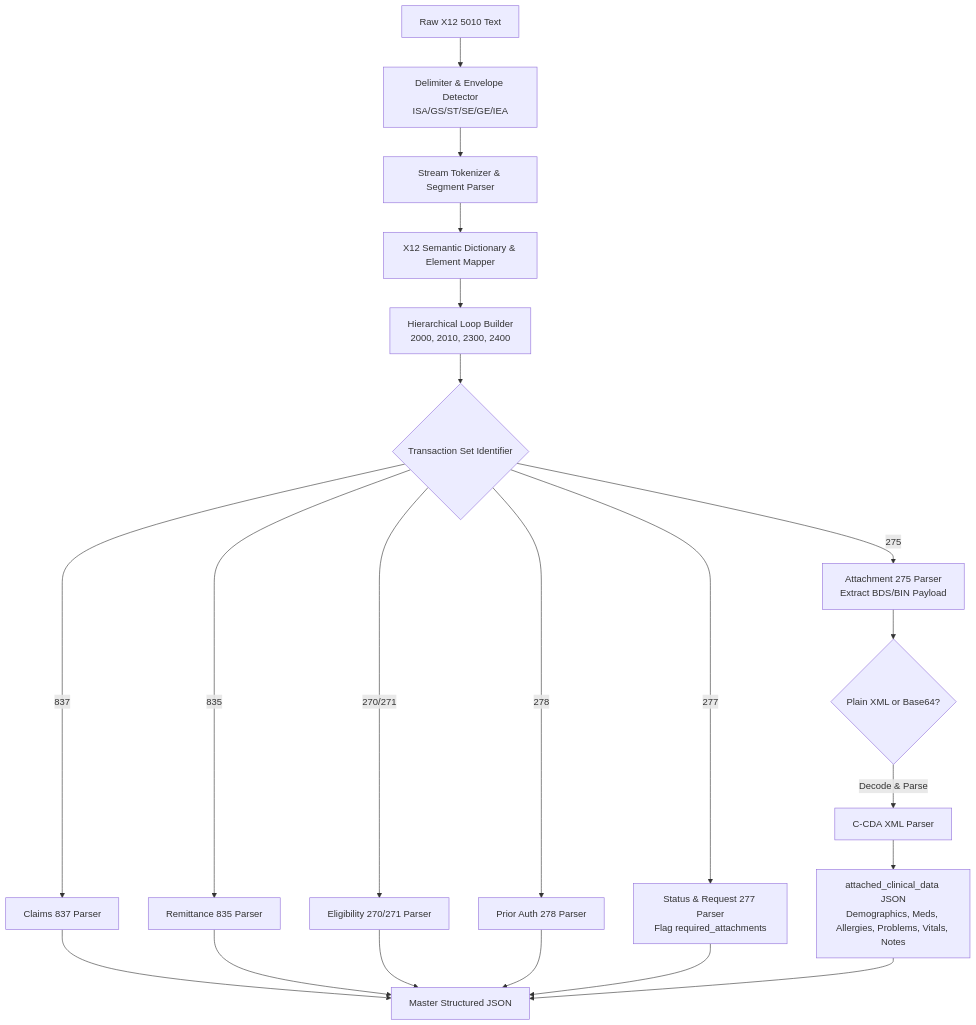
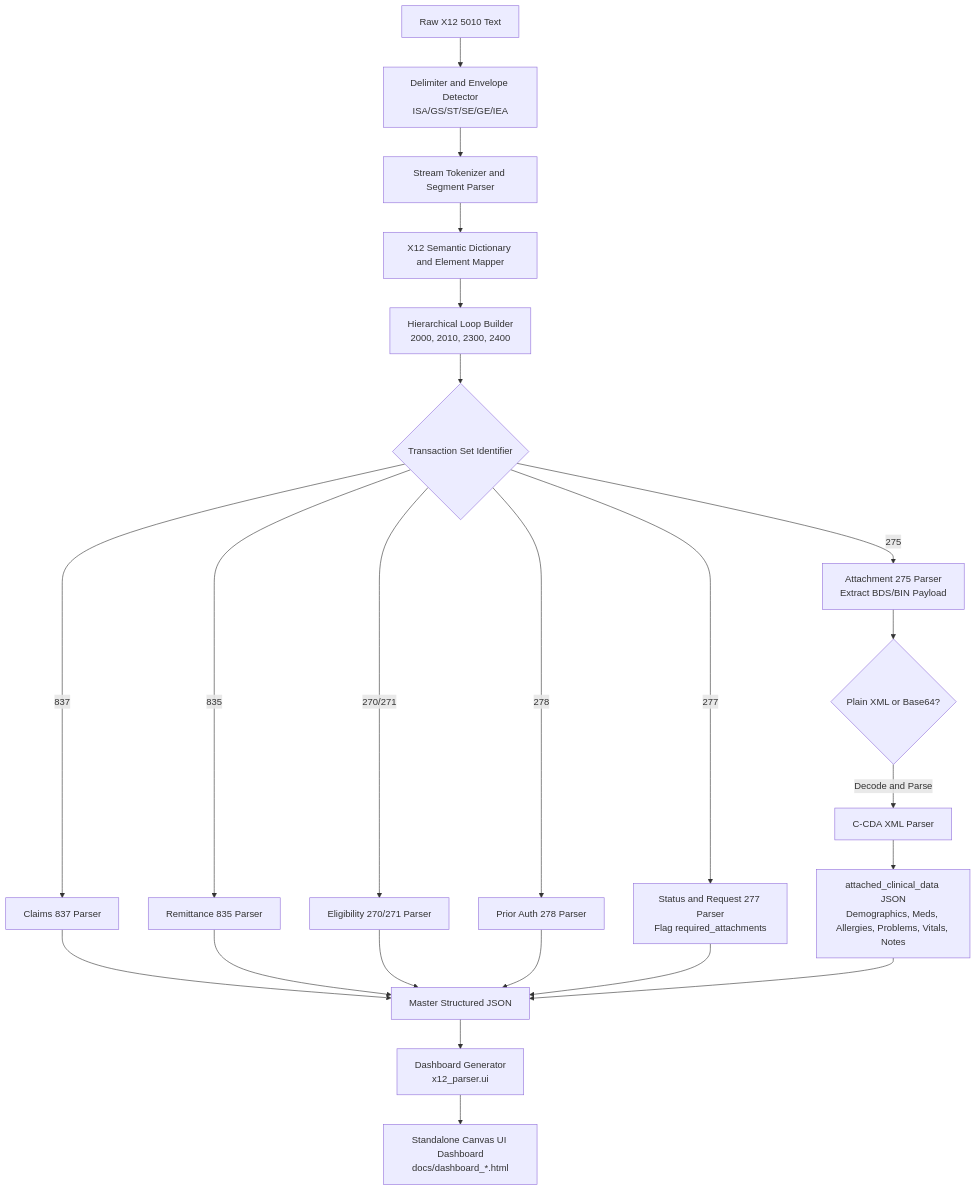
The diagram in README.md (terravic/x12-to-json-parser), drawn with Mermaid before and after one commit. The commit also changed other lines of this file and 16 other files, not shown here.

````diff
--- a/README.md
+++ b/README.md
@@ -27,26 +83,29 @@
 ```mermaid
 graph TD
-    Raw[Raw X12 5010 Text] --> Delim[Delimiter & Envelope Detector<br>ISA/GS/ST/SE/GE/IEA]
-    Delim --> Tok[Stream Tokenizer & Segment Parser]
-    Tok --> Dict[X12 Semantic Dictionary & Element Mapper]
+    Raw[Raw X12 5010 Text] --> Delim[Delimiter and Envelope Detector<br>ISA/GS/ST/SE/GE/IEA]
+    Delim --> Tok[Stream Tokenizer and Segment Parser]
+    Tok --> Dict[X12 Semantic Dictionary and Element Mapper]
     Dict --> Loop[Hierarchical Loop Builder<br>2000, 2010, 2300, 2400]
     
     Loop --> Route{Transaction Set Identifier}
     Route -->|837| P837[Claims 837 Parser]
     Route -->|835| P835[Remittance 835 Parser]
     Route -->|270/271| P270[Eligibility 270/271 Parser]
     Route -->|278| P278[Prior Auth 278 Parser]
-    Route -->|277| P277[Status & Request 277 Parser<br>Flag required_attachments]
+    Route -->|277| P277[Status and Request 277 Parser<br>Flag required_attachments]
     Route -->|275| P275[Attachment 275 Parser<br>Extract BDS/BIN Payload]
     
     P275 --> XMLDetect{Plain XML or Base64?}
-    XMLDetect -->|Decode & Parse| CCDA[C-CDA XML Parser]
+    XMLDetect -->|Decode and Parse| CCDA[C-CDA XML Parser]
     CCDA --> ClinJSON[attached_clinical_data JSON<br>Demographics, Meds, Allergies, Problems, Vitals, Notes]
     
     P837 --> Output[Master Structured JSON]
     P835 --> Output
     P270 --> Output
     P278 --> Output
     P277 --> Output
     ClinJSON --> Output
+    
+    Output --> DashGen[Dashboard Generator<br>x12_parser.ui]
+    DashGen --> HTMLDash[Standalone Canvas UI Dashboard<br>docs/dashboard_*.html]
 ```
````
